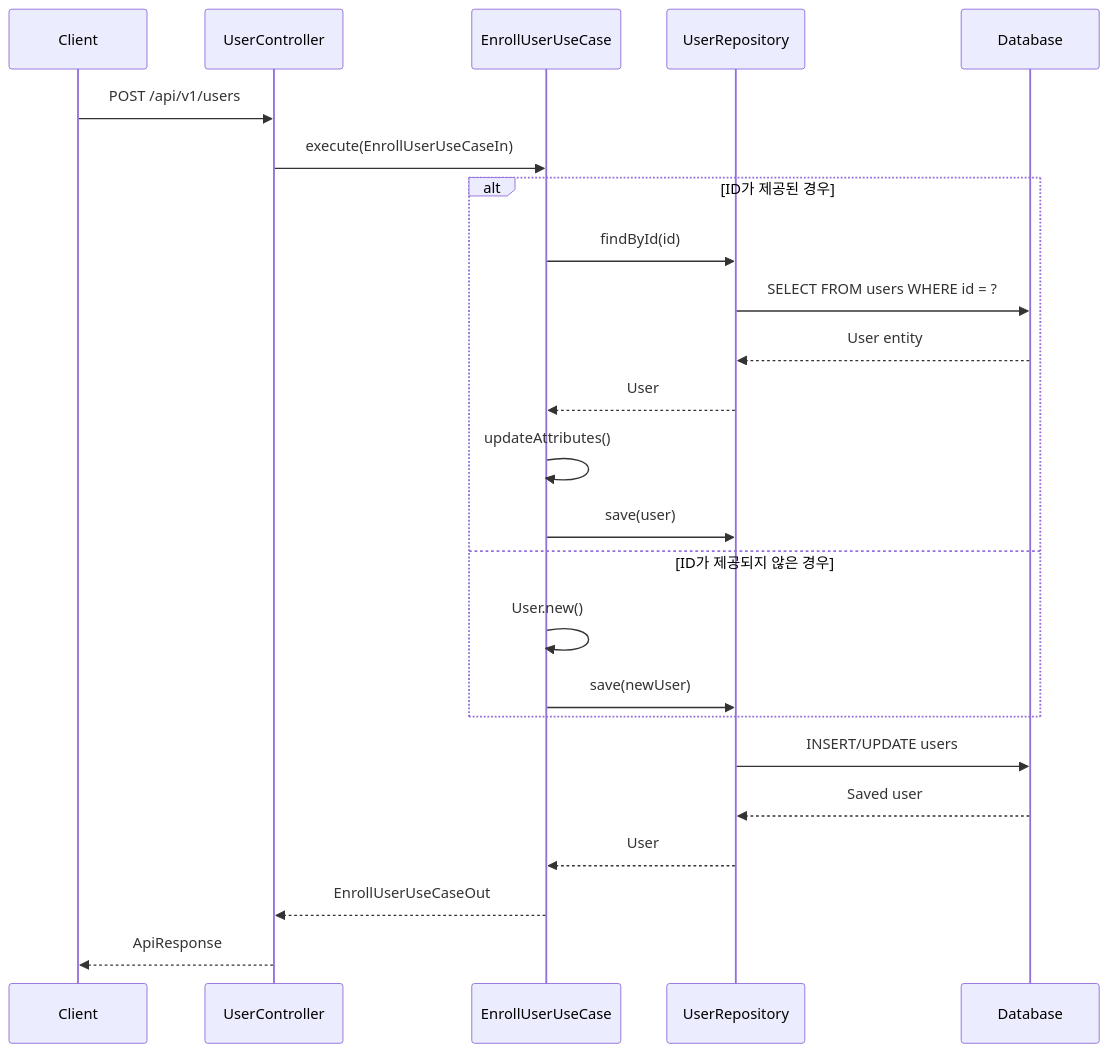
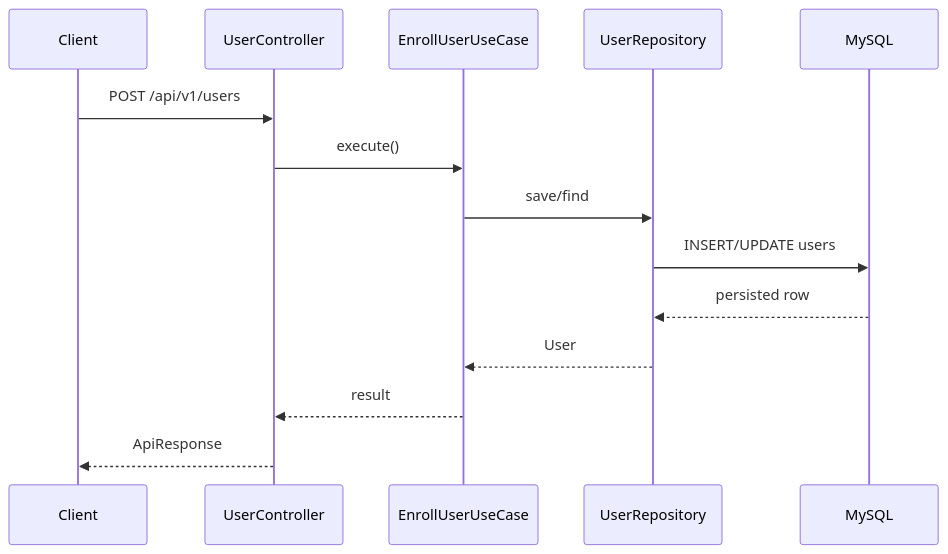
The second of 5 diagrams in docs/Domain-and-UseCase-Flows.md (belljun3395/crm-project), drawn with Mermaid before and after one commit. The commit also changed other lines of this file and 3 other files, not shown here.

````diff
--- a/docs/Domain-and-UseCase-Flows.md
+++ b/docs/Domain-and-UseCase-Flows.md
@@ -242,29 +165,17 @@
 ```mermaid
 sequenceDiagram
     participant Client
     participant UserController
     participant EnrollUserUseCase
     participant UserRepository
-    participant Database
-    
+    participant MySQL
+
     Client->>UserController: POST /api/v1/users
-    UserController->>EnrollUserUseCase: execute(EnrollUserUseCaseIn)
-    
-    alt ID가 제공된 경우
-        EnrollUserUseCase->>UserRepository: findById(id)
-        UserRepository->>Database: SELECT FROM users WHERE id = ?
-        Database-->>UserRepository: User entity
-        UserRepository-->>EnrollUserUseCase: User
-        EnrollUserUseCase->>EnrollUserUseCase: updateAttributes()
-        EnrollUserUseCase->>UserRepository: save(user)
-    else ID가 제공되지 않은 경우
-        EnrollUserUseCase->>EnrollUserUseCase: User.new()
-        EnrollUserUseCase->>UserRepository: save(newUser)
-    end
-    
-    UserRepository->>Database: INSERT/UPDATE users
-    Database-->>UserRepository: Saved user
+    UserController->>EnrollUserUseCase: execute()
+    EnrollUserUseCase->>UserRepository: save/find
+    UserRepository->>MySQL: INSERT/UPDATE users
+    MySQL-->>UserRepository: persisted row
     UserRepository-->>EnrollUserUseCase: User
-    EnrollUserUseCase-->>UserController: EnrollUserUseCaseOut
+    EnrollUserUseCase-->>UserController: result
     UserController-->>Client: ApiResponse
 ```
````
